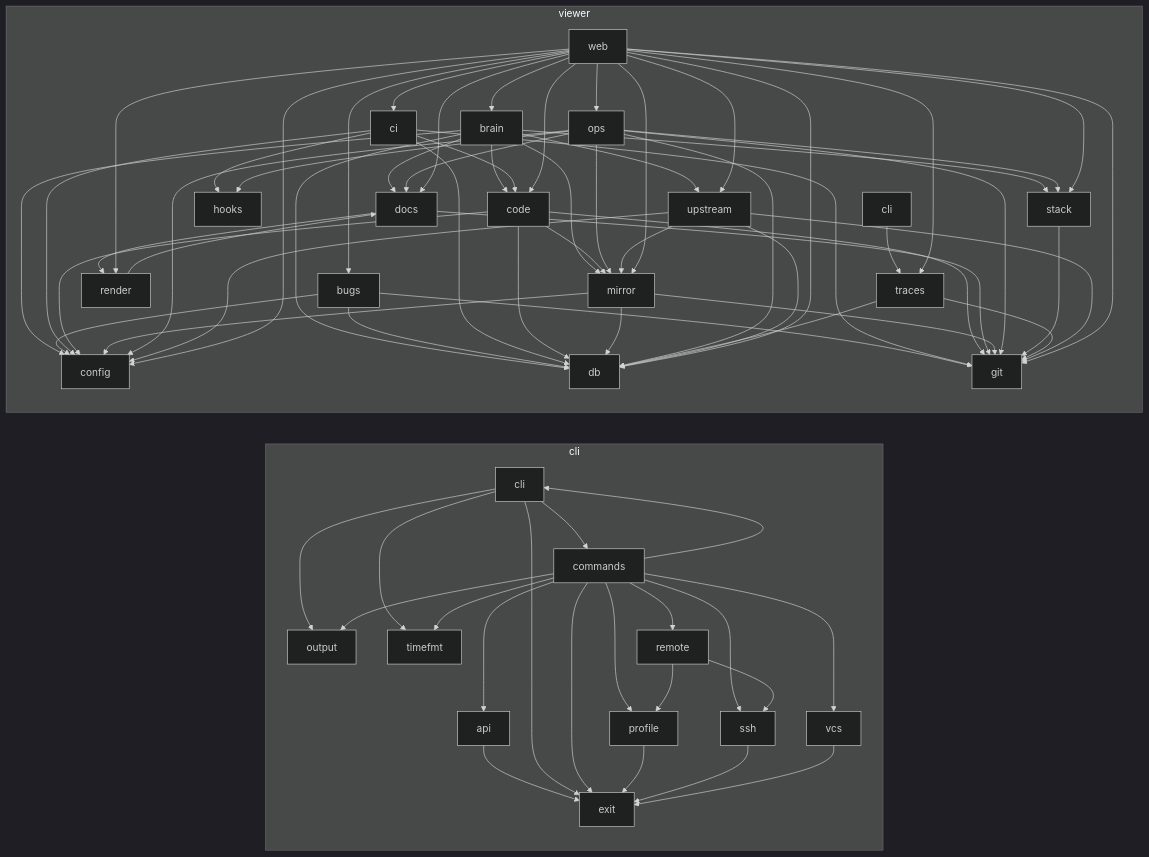
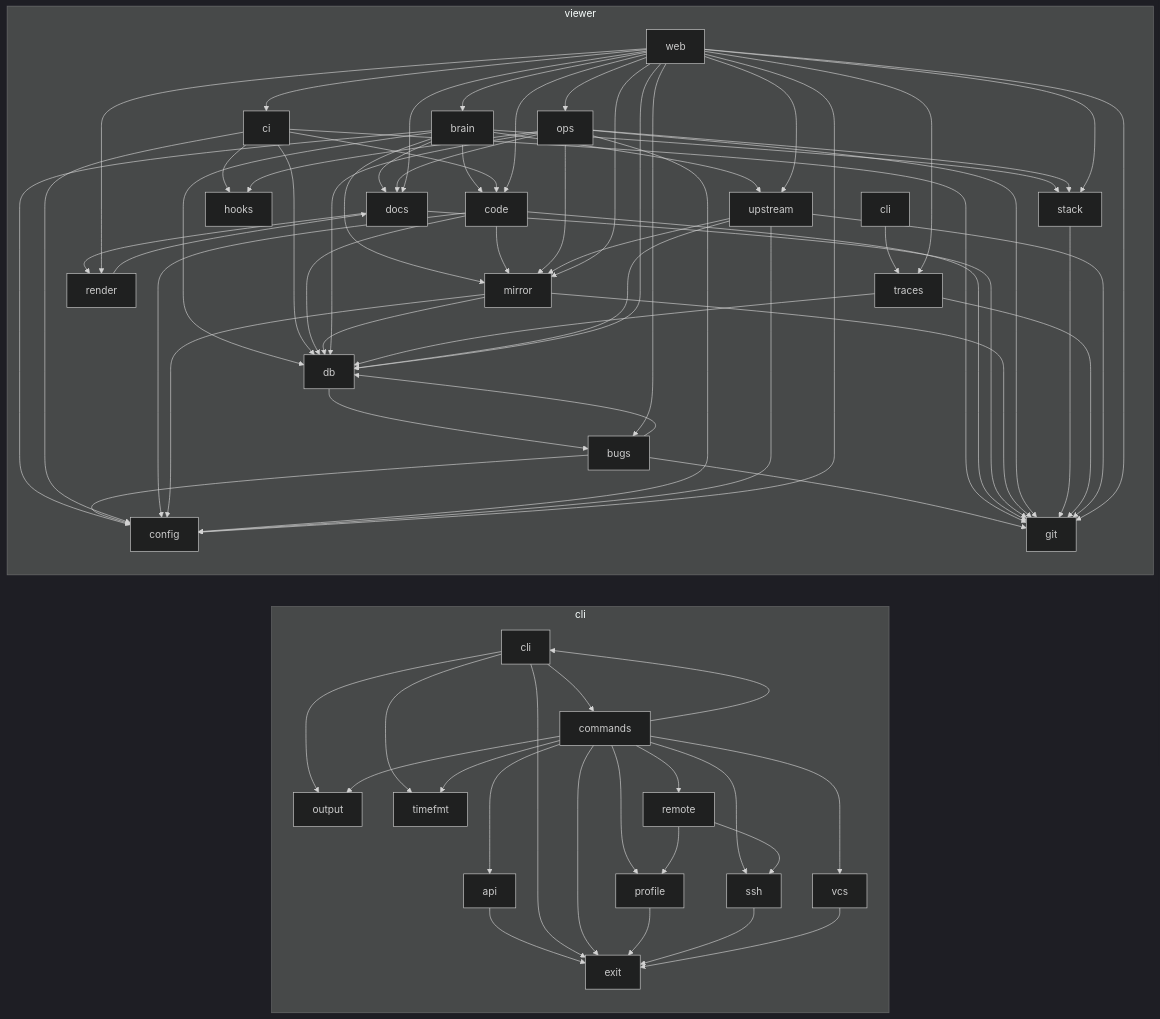
One commit to matthiasdebernardini/nashcode changed the second of 2 diagrams in ARCHITECTURE.md. Above: the diagram before and after it, drawn with Mermaid (dark theme). The commit also changed 8 other files, not shown here.

```diff
--- a/ARCHITECTURE.md
+++ b/ARCHITECTURE.md
@@ -109,6 +109,7 @@
   viewer_code --> viewer_db
   viewer_code --> viewer_git
   viewer_code --> viewer_mirror
+  viewer_db --> viewer_bugs
   viewer_docs --> viewer_git
   viewer_docs --> viewer_render
   viewer_mirror --> viewer_config
```
